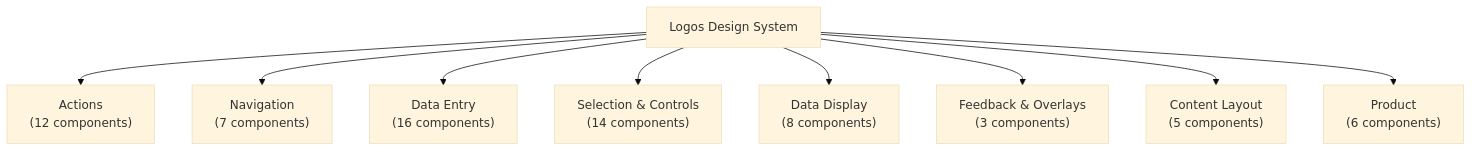
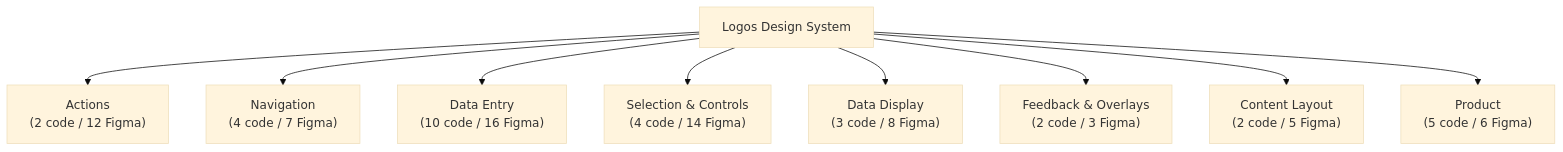
Before and after one commit to calebn/design-system-theme-evolution: the second of 2 diagrams in inventory/docs/08-taxonomy.md, drawn with Mermaid (base theme). The commit also changed other lines of this file and 10 other files, not shown here.

First line of the commit message:
Add React-first component architecture layer to inventory pipeline.

````diff
--- a/inventory/docs/08-taxonomy.md
+++ b/inventory/docs/08-taxonomy.md
@@ -7,12 +61,12 @@
 ```mermaid
 graph TD
   DesignSystem["Logos Design System"]
-  DesignSystem --> actions["Actions\n(12 components)"]
-  DesignSystem --> navigation["Navigation\n(7 components)"]
-  DesignSystem --> data_entry["Data Entry\n(16 components)"]
-  DesignSystem --> selection["Selection & Controls\n(14 components)"]
-  DesignSystem --> data_display["Data Display\n(8 components)"]
-  DesignSystem --> feedback["Feedback & Overlays\n(3 components)"]
-  DesignSystem --> content_layout["Content Layout\n(5 components)"]
-  DesignSystem --> product["Product\n(6 components)"]
+  DesignSystem --> actions["Actions\n(2 code / 12 Figma)"]
+  DesignSystem --> navigation["Navigation\n(4 code / 7 Figma)"]
+  DesignSystem --> data_entry["Data Entry\n(10 code / 16 Figma)"]
+  DesignSystem --> selection["Selection & Controls\n(4 code / 14 Figma)"]
+  DesignSystem --> data_display["Data Display\n(3 code / 8 Figma)"]
+  DesignSystem --> feedback["Feedback & Overlays\n(2 code / 3 Figma)"]
+  DesignSystem --> content_layout["Content Layout\n(2 code / 5 Figma)"]
+  DesignSystem --> product["Product\n(5 code / 6 Figma)"]
 ```
````
